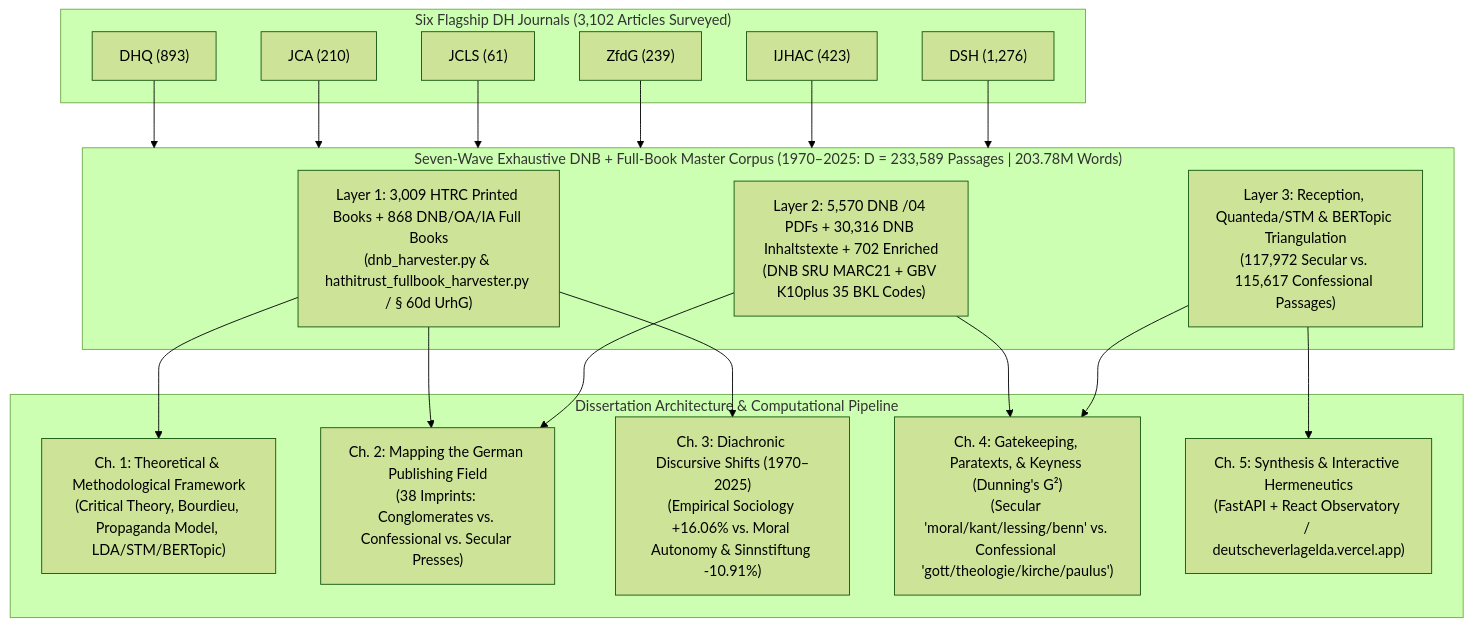
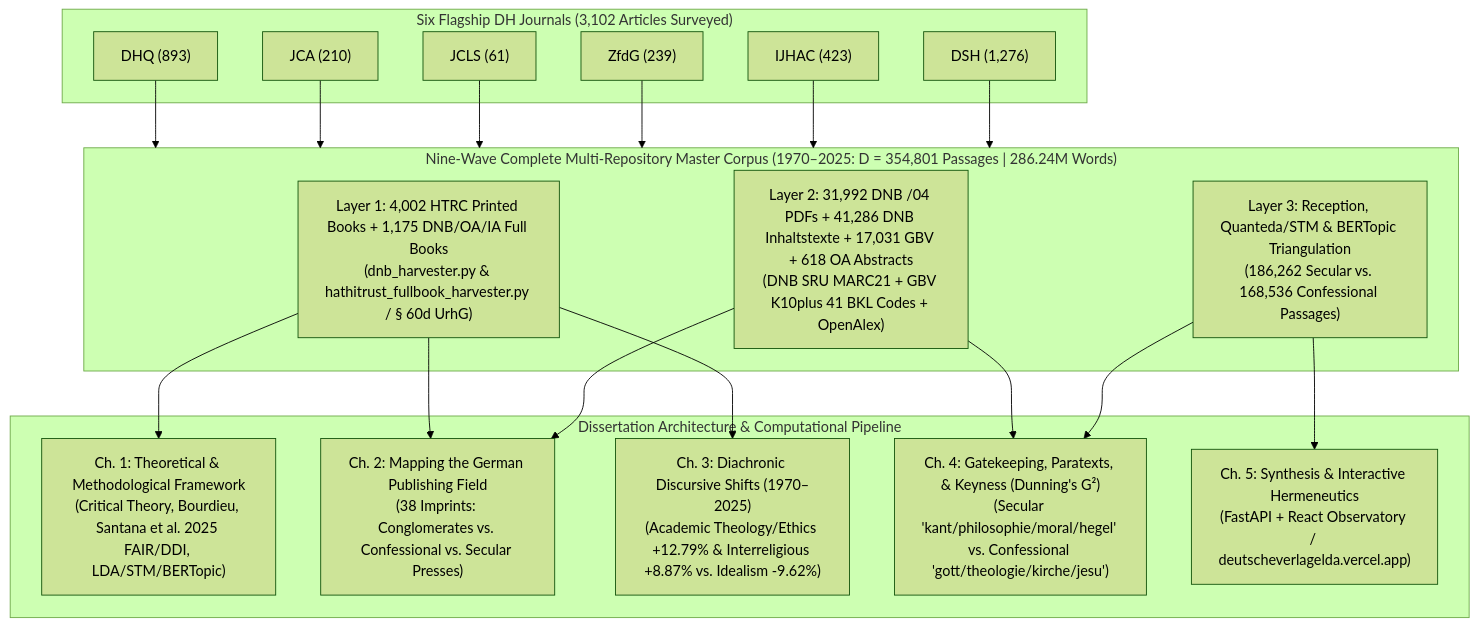
One commit to metachasm-beep/Deutsche-Verlage-LDA changed the diagram in MASTER_DH_LITERATURE_REVIEW.md. Above: the diagram before and after it, drawn with Mermaid (forest theme). The commit also changed other lines of this file and 20 other files, not shown here.

Commit message:
feat(wave9): complete 354,801-doc multi-repo corpus (15 shards) + Santana et al. (2025) FAIR/DDI pipeline & updated chapters

````diff
--- a/MASTER_DH_LITERATURE_REVIEW.md
+++ b/MASTER_DH_LITERATURE_REVIEW.md
@@ -23,30 +23,30 @@
 ```mermaid
 flowchart TD
     subgraph Journals["Six Flagship DH Journals (3,102 Articles Surveyed)"]
         DHQ["DHQ (893)"]
         JCA["JCA (210)"]
         JCLS["JCLS (61)"]
         ZFDG["ZfdG (239)"]
         IJHAC["IJHAC (423)"]
         DSH["DSH (1,276)"]
     end
 
-    subgraph Corpus["Seven-Wave Exhaustive DNB + Full-Book Master Corpus (1970–2025: D = 233,589 Passages | 203.78M Words)"]
-        L1["Layer 1: 3,009 HTRC Printed Books + 868 DNB/OA/IA Full Books\n(dnb_harvester.py & hathitrust_fullbook_harvester.py / § 60d UrhG)"]
-        L2["Layer 2: 5,570 DNB /04 PDFs + 30,316 DNB Inhaltstexte + 702 Enriched\n(DNB SRU MARC21 + GBV K10plus 35 BKL Codes)"]
-        L3["Layer 3: Reception, Quanteda/STM & BERTopic Triangulation\n(117,972 Secular vs. 115,617 Confessional Passages)"]
+    subgraph Corpus["Nine-Wave Complete Multi-Repository Master Corpus (1970–2025: D = 354,801 Passages | 286.24M Words)"]
+        L1["Layer 1: 4,002 HTRC Printed Books + 1,175 DNB/OA/IA Full Books\n(dnb_harvester.py & hathitrust_fullbook_harvester.py / § 60d UrhG)"]
+        L2["Layer 2: 31,992 DNB /04 PDFs + 41,286 DNB Inhaltstexte + 17,031 GBV + 618 OA Abstracts\n(DNB SRU MARC21 + GBV K10plus 41 BKL Codes + OpenAlex)"]
+        L3["Layer 3: Reception, Quanteda/STM & BERTopic Triangulation\n(186,262 Secular vs. 168,536 Confessional Passages)"]
     end
 
     subgraph Chapters["Dissertation Architecture & Computational Pipeline"]
-        C1["Ch. 1: Theoretical & Methodological Framework\n(Critical Theory, Bourdieu, Propaganda Model, LDA/STM/BERTopic)"]
+        C1["Ch. 1: Theoretical & Methodological Framework\n(Critical Theory, Bourdieu, Santana et al. 2025 FAIR/DDI, LDA/STM/BERTopic)"]
         C2["Ch. 2: Mapping the German Publishing Field\n(38 Imprints: Conglomerates vs. Confessional vs. Secular Presses)"]
-        C3["Ch. 3: Diachronic Discursive Shifts (1970–2025)\n(Empirical Sociology +16.06% vs. Moral Autonomy & Sinnstiftung -10.91%)"]
-        C4["Ch. 4: Gatekeeping, Paratexts, & Keyness (Dunning's G²)\n(Secular 'moral/kant/lessing/benn' vs. Confessional 'gott/theologie/kirche/paulus')"]
+        C3["Ch. 3: Diachronic Discursive Shifts (1970–2025)\n(Academic Theology/Ethics +12.79% & Interreligious +8.87% vs. Idealism -9.62%)"]
+        C4["Ch. 4: Gatekeeping, Paratexts, & Keyness (Dunning's G²)\n(Secular 'kant/philosophie/moral/hegel' vs. Confessional 'gott/theologie/kirche/jesu')"]
         C5["Ch. 5: Synthesis & Interactive Hermeneutics\n(FastAPI + React Observatory / deutscheverlagelda.vercel.app)"]
     end
 
     DHQ & JCA & JCLS & ZFDG & IJHAC & DSH --> Corpus
     L1 --> C1 & C2 & C3
     L2 --> C2 & C4
     L3 --> C4 & C5
 ```
````
